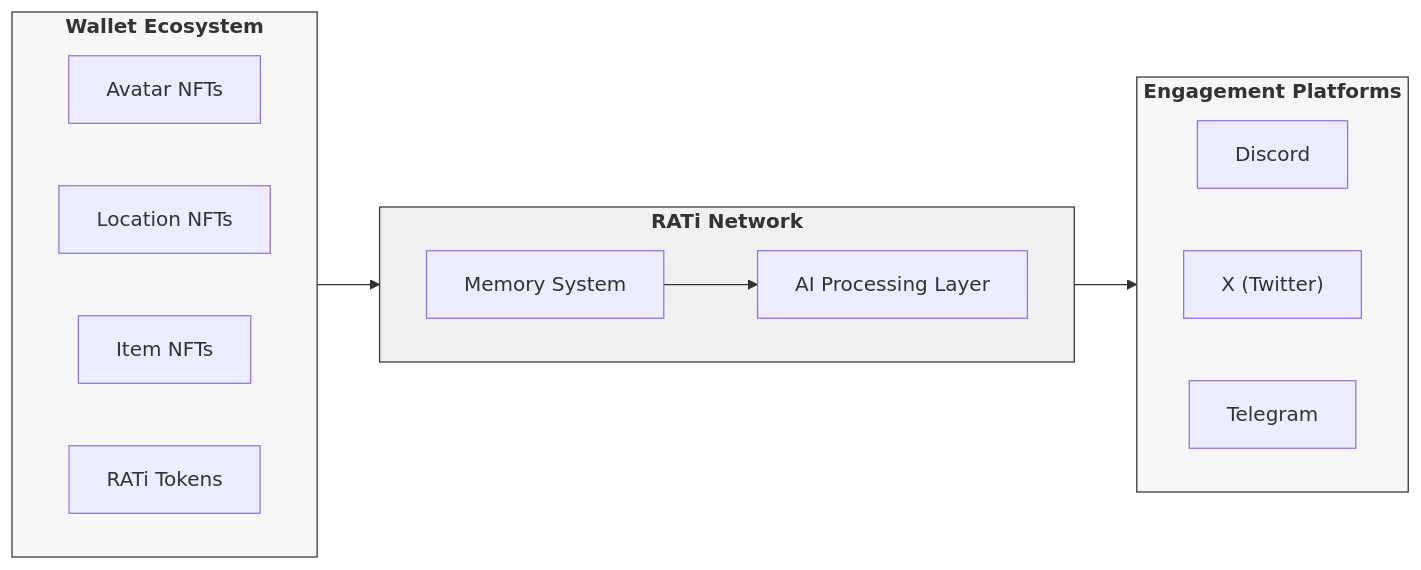
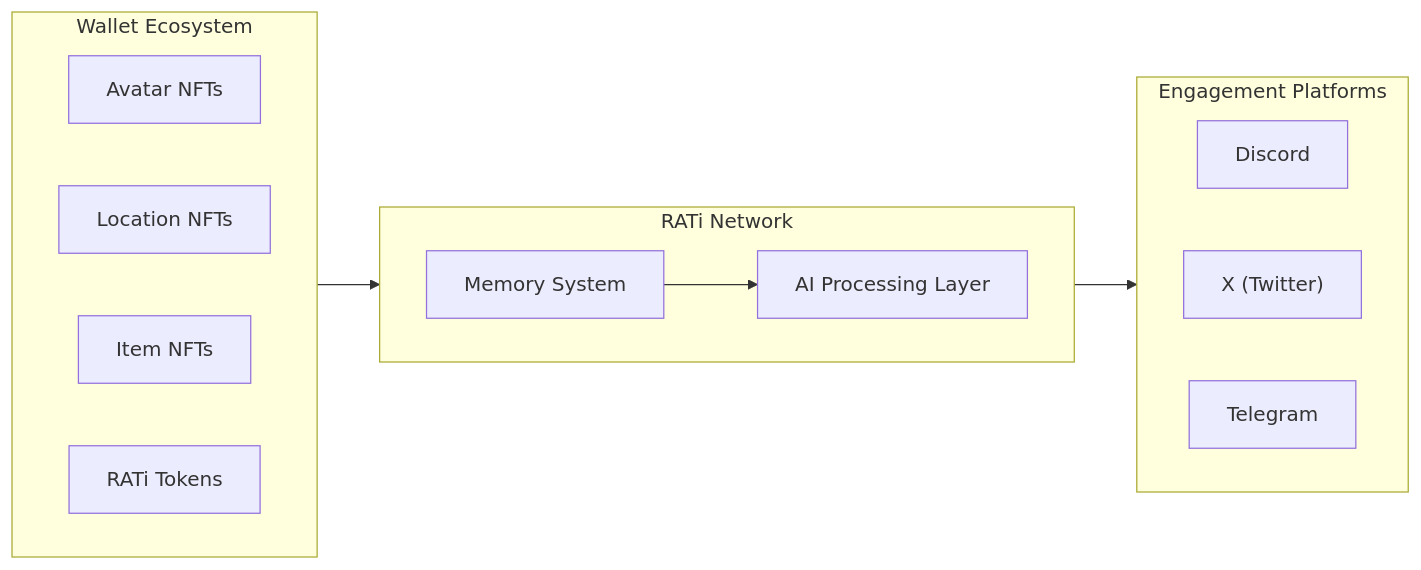
One commit to rati-ecosystem/rati-protocol changed the diagram in README.md. Above: the diagram before and after it, drawn with Mermaid.

Commit message:
GITBOOK-3: No subject

````diff
--- a/README.md
+++ b/README.md
@@ -46,35 +46,27 @@
 ```mermaid
 flowchart LR
-    classDef walletClass fill:#f6f6f6,stroke:#333,stroke-width:1px,color:#333,font-weight:bold
-    classDef nodeClass fill:#f0f0f0,stroke:#333,stroke-width:1px,color:#333,font-weight:bold
-    classDef platformClass fill:#f6f6f6,stroke:#333,stroke-width:1px,color:#333,font-weight:bold
-    
-    subgraph wallet["Wallet Ecosystem"]
+   subgraph wallet["Wallet Ecosystem"]
         direction LR
         avatar["Avatar NFTs"]
         location["Location NFTs"]
         item["Item NFTs"]
         token["RATi Tokens"]
     end
     
     subgraph node["RATi Network"]
         direction LR
         ai["AI Processing Layer"]
         memory["Memory System"]
     end
     
     subgraph platform["Engagement Platforms"]
         direction LR
         discord["Discord"]
         x["X (Twitter)"]
         telegram["Telegram"]
     end
     
     wallet --> node
     node --> platform
     memory --> ai
-    
-    class wallet walletClass
-    class node nodeClass
-    class platform platformClass
 ```
````
